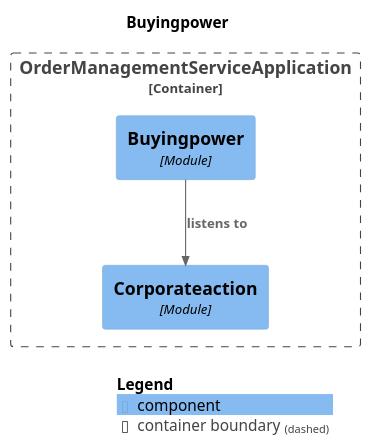
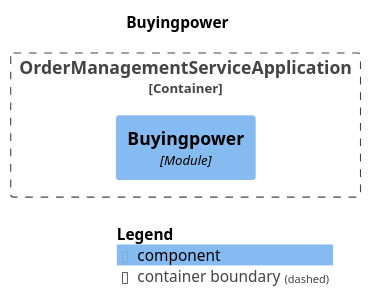
One commit to NosearY/order-management-service-reference-implementation changed the diagram in static/spring-modulith-docs/module-buyingpower.puml. Above: the diagram before and after it, drawn with PlantUML. The commit also changed 22 other files, not shown here.

```diff
--- a/static/spring-modulith-docs/module-buyingpower.puml
+++ b/static/spring-modulith-docs/module-buyingpower.puml
@@ -1,19 +1,17 @@
 @startuml
 set separator none
 title Buyingpower
 
 top to bottom direction
 
 !include <C4/C4>
 !include <C4/C4_Context>
 !include <C4/C4_Component>
 
 Container_Boundary("OrderManagementServiceApplication.OrderManagementServiceApplication_boundary", "OrderManagementServiceApplication", $tags="") {
-  Component(OrderManagementServiceApplication.OrderManagementServiceApplication.Corporateaction, "Corporateaction", $techn="Module", $descr="", $tags="", $link="")
   Component(OrderManagementServiceApplication.OrderManagementServiceApplication.Buyingpower, "Buyingpower", $techn="Module", $descr="", $tags="", $link="")
 }
 
-Rel(OrderManagementServiceApplication.OrderManagementServiceApplication.Buyingpower, OrderManagementServiceApplication.OrderManagementServiceApplication.Corporateaction, "listens to", $techn="", $tags="", $link="")
 
 SHOW_LEGEND(true)
 @enduml
```
